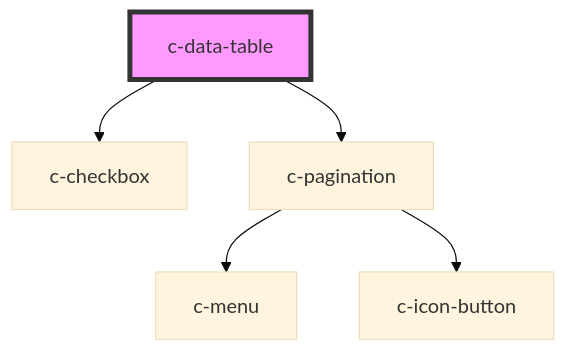
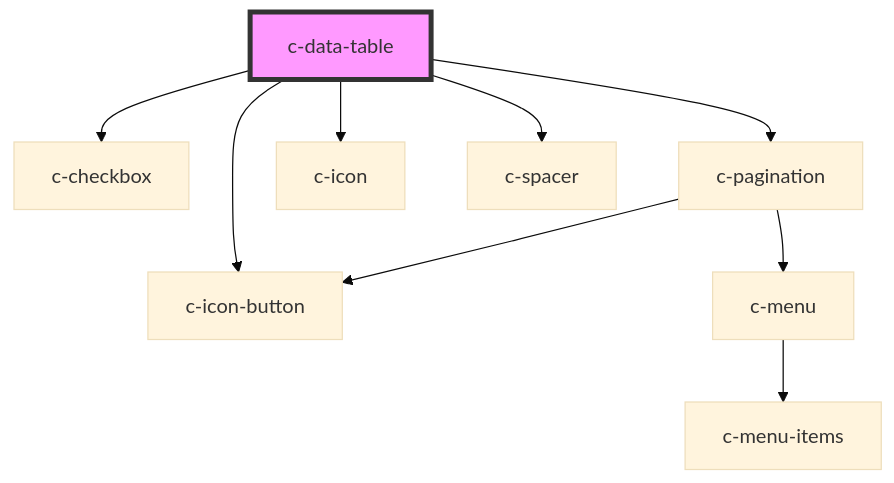
One commit to hannyle/csc-ui changed the diagram in src/components/c-data-table/readme.md. Above: the diagram before and after it, drawn with Mermaid (base theme). The commit also changed other lines of this file and 22 other files, not shown here.

````diff
--- a/src/components/c-data-table/readme.md
+++ b/src/components/c-data-table/readme.md
@@ -61,8 +75,12 @@
 ```mermaid
 graph TD;
   c-data-table --> c-checkbox
   c-data-table --> c-pagination
+  c-data-table --> c-icon-button
+  c-data-table --> c-icon
+  c-data-table --> c-spacer
   c-pagination --> c-menu
   c-pagination --> c-icon-button
+  c-menu --> c-menu-items
   style c-data-table fill:#f9f,stroke:#333,stroke-width:4px
 ```
````
